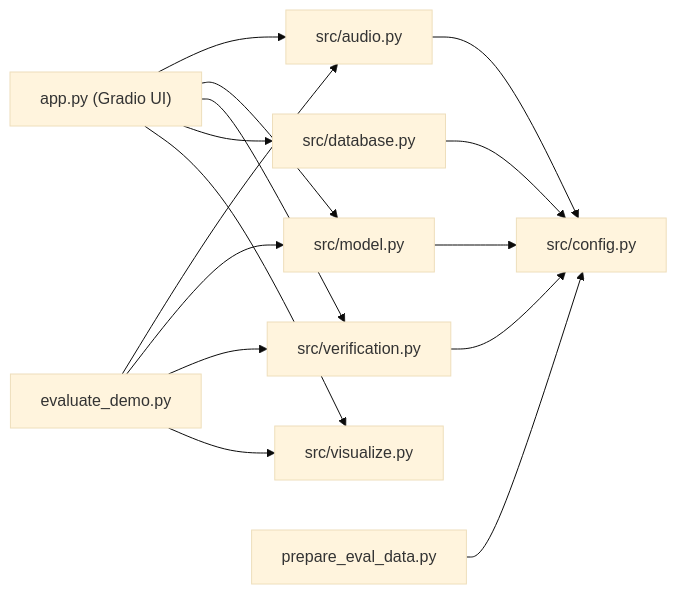
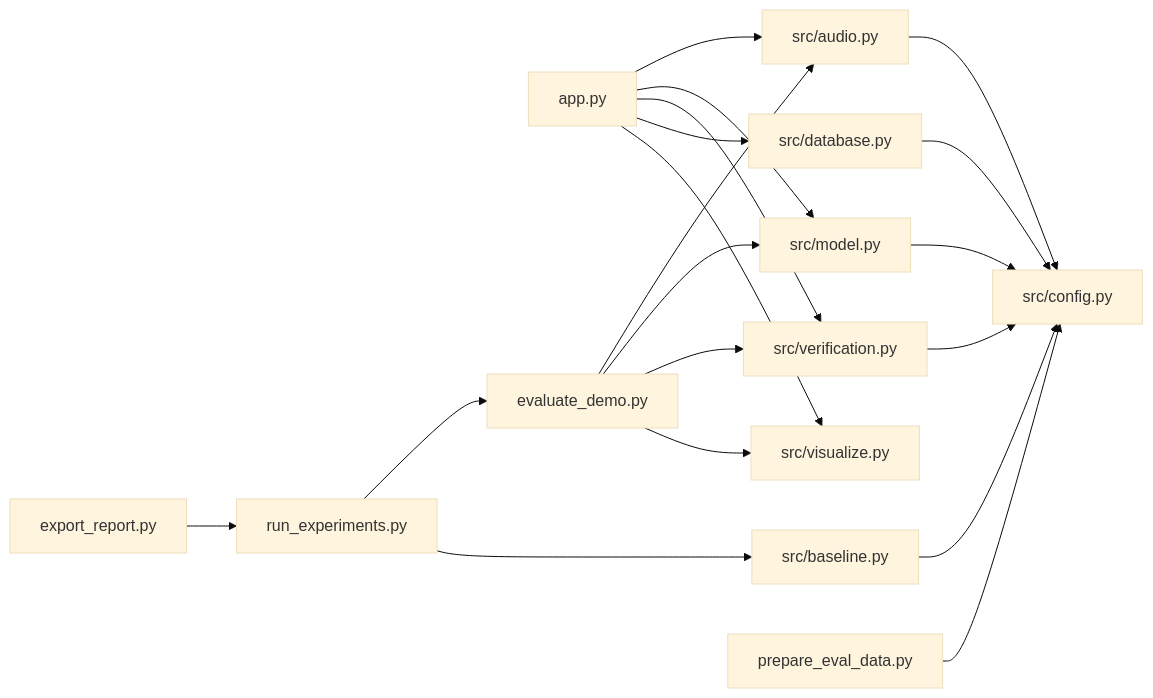
One commit to PND-027/he-thong-xac-thuc-giong-noi- changed the second of 2 diagrams in ARCHITECTURE.md. Above: the diagram before and after it, drawn with Mermaid (base theme). The commit also changed other lines of this file and 47 other files, not shown here.

````diff
--- a/ARCHITECTURE.md
+++ b/ARCHITECTURE.md
@@ -51,17 +50,21 @@
 ```mermaid
 flowchart LR
-    app["app.py (Gradio UI)"] --> audio["src/audio.py"]
+    app["app.py"] --> audio["src/audio.py"]
     app --> model["src/model.py"]
     app --> verif["src/verification.py"]
     app --> db["src/database.py"]
     app --> viz["src/visualize.py"]
     evalp["evaluate_demo.py"] --> audio
     evalp --> model
     evalp --> verif
     evalp --> viz
-    prep["prepare_eval_data.py"] --> cfg
-    audio --> cfg["src/config.py"]
+    exp["run_experiments.py"] --> evalp
+    exp --> base["src/baseline.py"]
+    rep["export_report.py"] --> exp
+    prep["prepare_eval_data.py"] --> cfg["src/config.py"]
+    audio --> cfg
     model --> cfg
+    base --> cfg
     verif --> cfg
     db --> cfg
 ```
````
